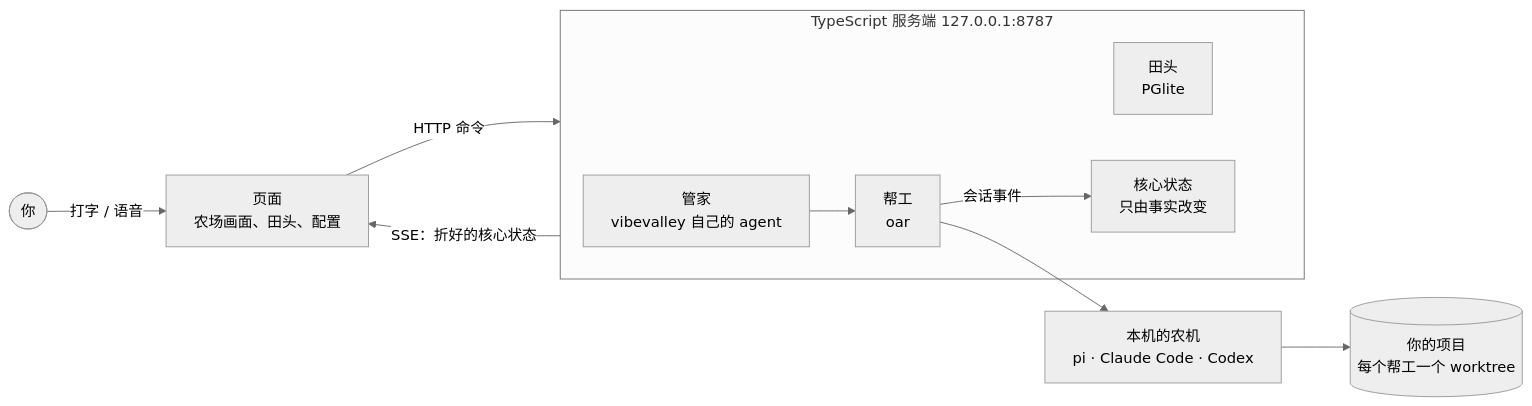
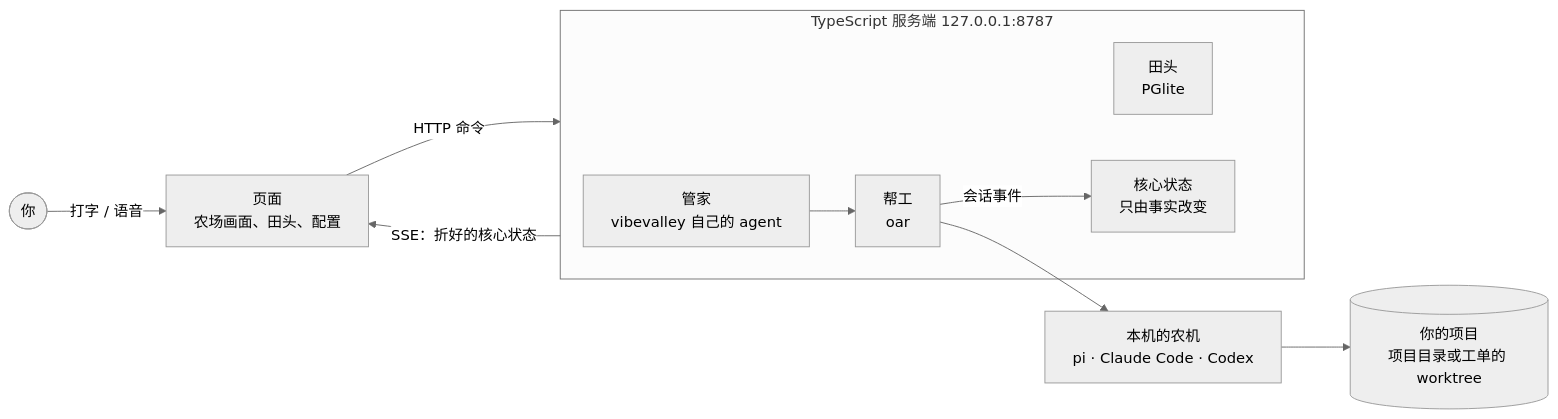
One commit to vibevalleyhq/vibevalley changed the diagram in README.md. Above: the diagram before and after it, drawn with Mermaid (neutral theme). The commit also changed other lines of this file and 38 other files, not shown here.

First line of the commit message:
现行文档一个事实一个家：重复的说法收回各自的子系统，文档地图列全每一篇，docs:verify 查漏 (#42)

````diff
--- a/README.md
+++ b/README.md
@@ -34,16 +34,16 @@
 ```mermaid
 flowchart LR
   you([你]) -- 打字 / 语音 --> app[页面<br/>农场画面、田头、配置]
   app -- HTTP 命令 --> server
   server -- SSE：折好的核心状态 --> app
   subgraph server[TypeScript 服务端 127.0.0.1:8787]
     manager[管家<br/>vibevalley 自己的 agent]
     chat[田头<br/>PGlite]
     site[核心状态<br/>只由事实改变]
     sessions[帮工<br/>oar]
   end
   manager --> sessions
   sessions -- 会话事件 --> site
   sessions --> rt[本机的农机<br/>pi · Claude Code · Codex]
-  rt --> repo[(你的项目<br/>每个帮工一个 worktree)]
+  rt --> repo[(你的项目<br/>项目目录或工单的 worktree)]
 ```
````
